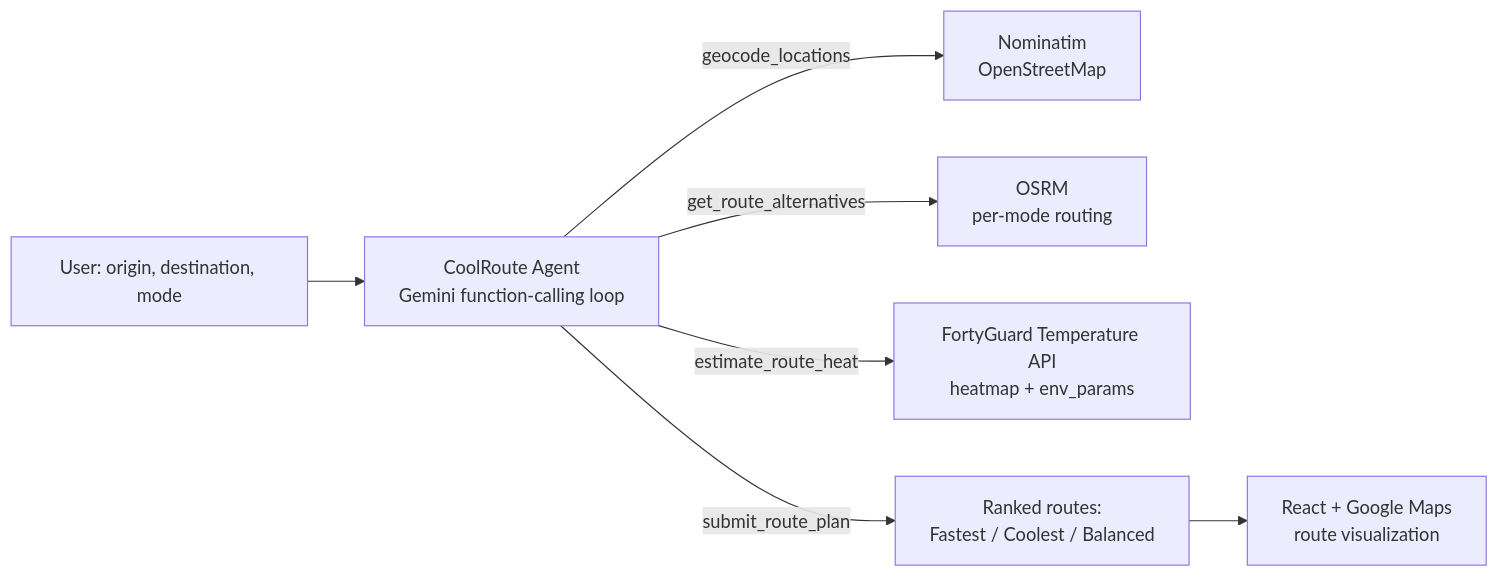
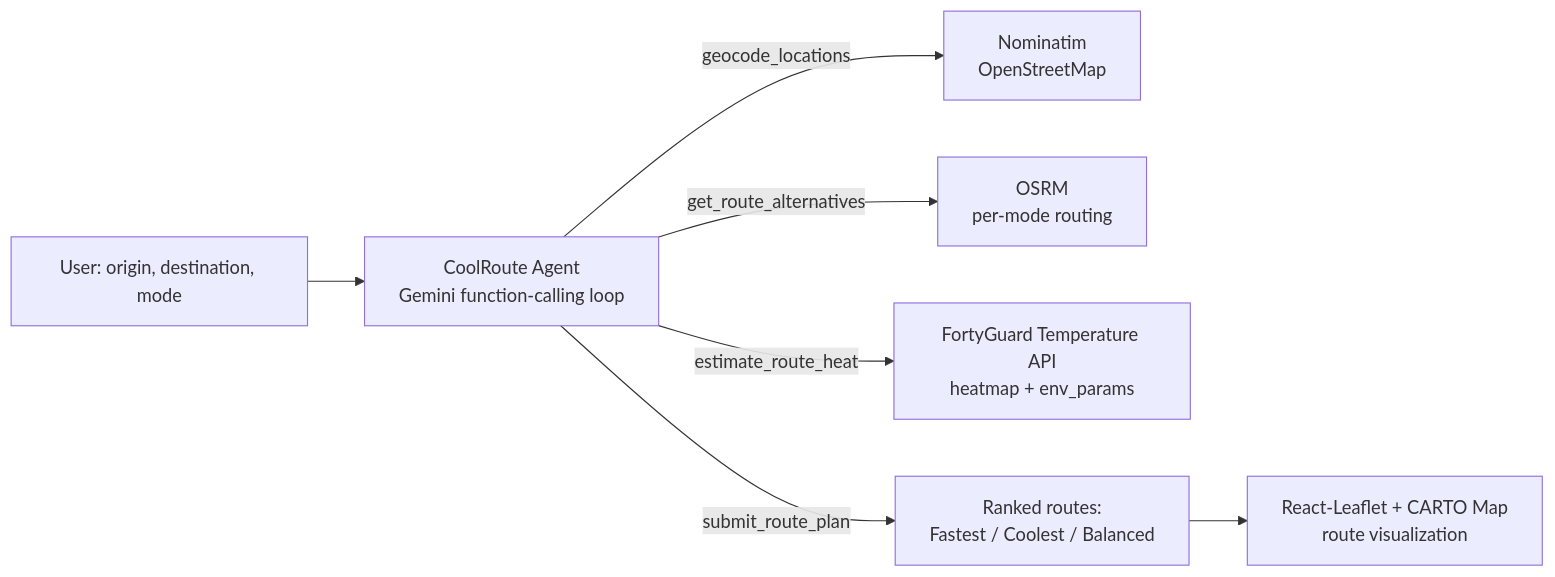
One commit to Mohan0112/Cool_Route_Agent changed the diagram in README.md. Above: the diagram before and after it, drawn with Mermaid. The commit also changed other lines of this file and 8 other files, not shown here.

Commit message:
Revert back to Leaflet with CARTO tiles

````diff
--- a/README.md
+++ b/README.md
@@ -27,9 +27,9 @@
 ```mermaid
 flowchart LR
     U[User: origin, destination, mode] --> A[CoolRoute Agent<br/>Gemini function-calling loop]
     A -->|geocode_locations| N[Nominatim<br/>OpenStreetMap]
     A -->|get_route_alternatives| O[OSRM<br/>per-mode routing]
     A -->|estimate_route_heat| F[FortyGuard Temperature API<br/>heatmap + env_params]
     A -->|submit_route_plan| R[Ranked routes:<br/>Fastest / Coolest / Balanced]
-    R --> M[React + Google Maps<br/>route visualization]
+    R --> M[React-Leaflet + CARTO Map<br/>route visualization]
 ```
````
